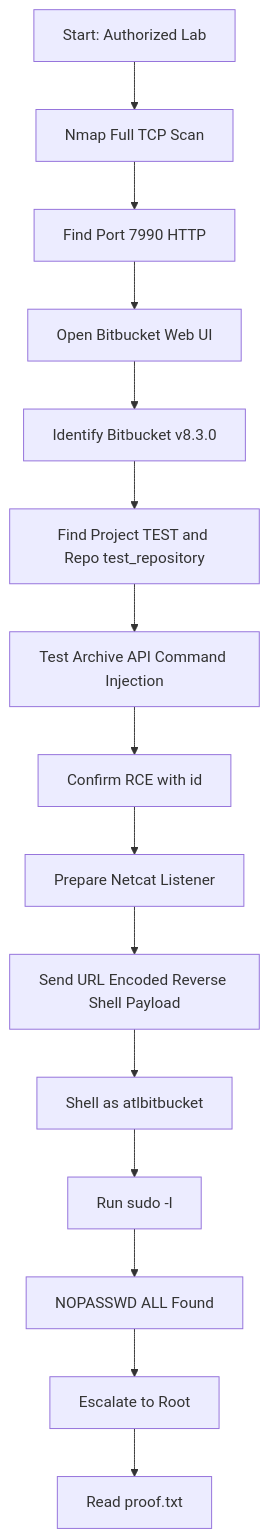
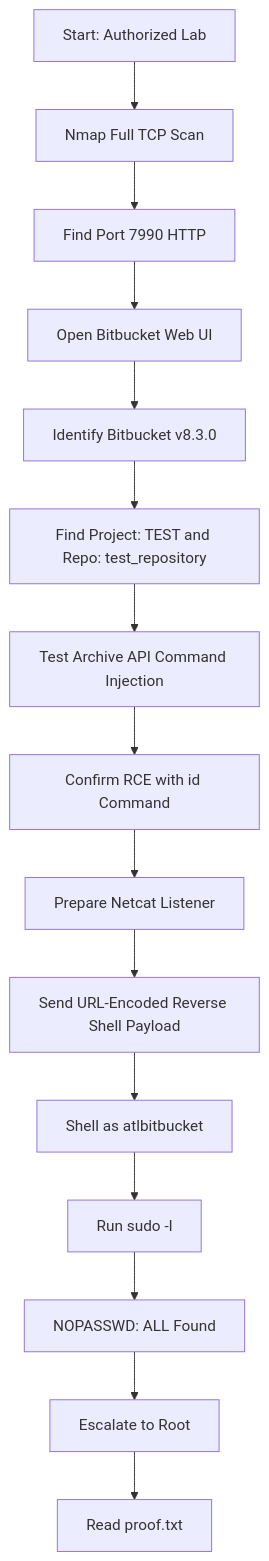
The diagram in _posts/2026-05-12-cve-2022-36804-bitbucket-rce.md (nnrnull/nnrnull.github.io), drawn with Mermaid before and after one commit. The commit also changed other lines of this file and 1 other file, not shown here.

Commit message:
Fix Mermaid flowchart rendering

````diff
--- a/_posts/2026-05-12-cve-2022-36804-bitbucket-rce.md
+++ b/_posts/2026-05-12-cve-2022-36804-bitbucket-rce.md
@@ -88,17 +89,17 @@
 ```mermaid
 flowchart TD
-    A[Start: Authorized Lab] --> B[Nmap Full TCP Scan]
-    B --> C[Find Port 7990 HTTP]
-    C --> D[Open Bitbucket Web UI]
-    D --> E[Identify Bitbucket v8.3.0]
-    E --> F[Find Project TEST and Repo test_repository]
-    F --> G[Test Archive API Command Injection]
-    G --> H[Confirm RCE with id]
-    H --> I[Prepare Netcat Listener]
-    I --> J[Send URL Encoded Reverse Shell Payload]
-    J --> K[Shell as atlbitbucket]
-    K --> L[Run sudo -l]
-    L --> M[NOPASSWD ALL Found]
-    M --> N[Escalate to Root]
-    N --> O[Read proof.txt]
+    A["Start: Authorized Lab"] --> B["Nmap Full TCP Scan"]
+    B --> C["Find Port 7990 HTTP"]
+    C --> D["Open Bitbucket Web UI"]
+    D --> E["Identify Bitbucket v8.3.0"]
+    E --> F["Find Project: TEST and Repo: test_repository"]
+    F --> G["Test Archive API Command Injection"]
+    G --> H["Confirm RCE with id Command"]
+    H --> I["Prepare Netcat Listener"]
+    I --> J["Send URL-Encoded Reverse Shell Payload"]
+    J --> K["Shell as atlbitbucket"]
+    K --> L["Run sudo -l"]
+    L --> M["NOPASSWD: ALL Found"]
+    M --> N["Escalate to Root"]
+    N --> O["Read proof.txt"]
 ```
````
